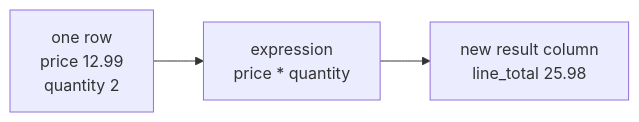
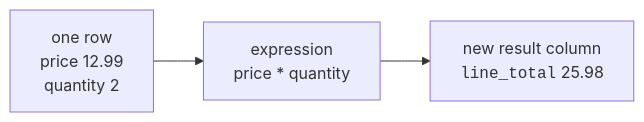
The first of 2 diagrams in content/learn/sqlite-for-beginners/expressions-and-aliases.mdx (dataslope/dataslope), drawn with Mermaid before and after one commit. The commit also changed other lines of this file and 153 other files, not shown here.

First line of the commit message:
Render code-only mermaid shapes in monospace; convert step sequences to Steps

````diff
--- a/content/learn/sqlite-for-beginners/expressions-and-aliases.mdx
+++ b/content/learn/sqlite-for-beginners/expressions-and-aliases.mdx
@@ -18,5 +18,5 @@
 ```mermaid
 flowchart LR
     A["one row<br/>price 12.99<br/>quantity 2"] --> B["expression<br/>price * quantity"]
-    B --> C["new result column<br/>line_total 25.98"]
+    B --> C["new result column<br/><code>line_total</code> 25.98"]
 ```
````
